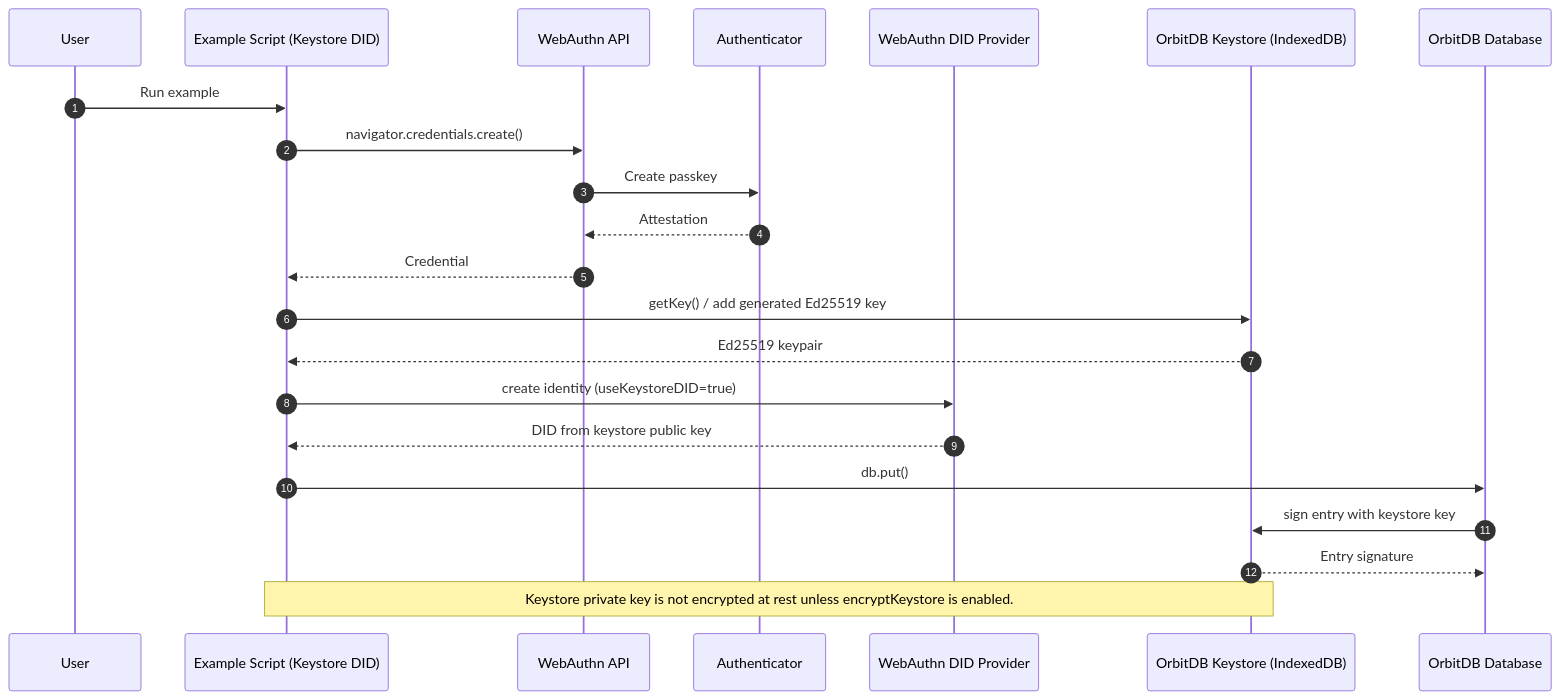
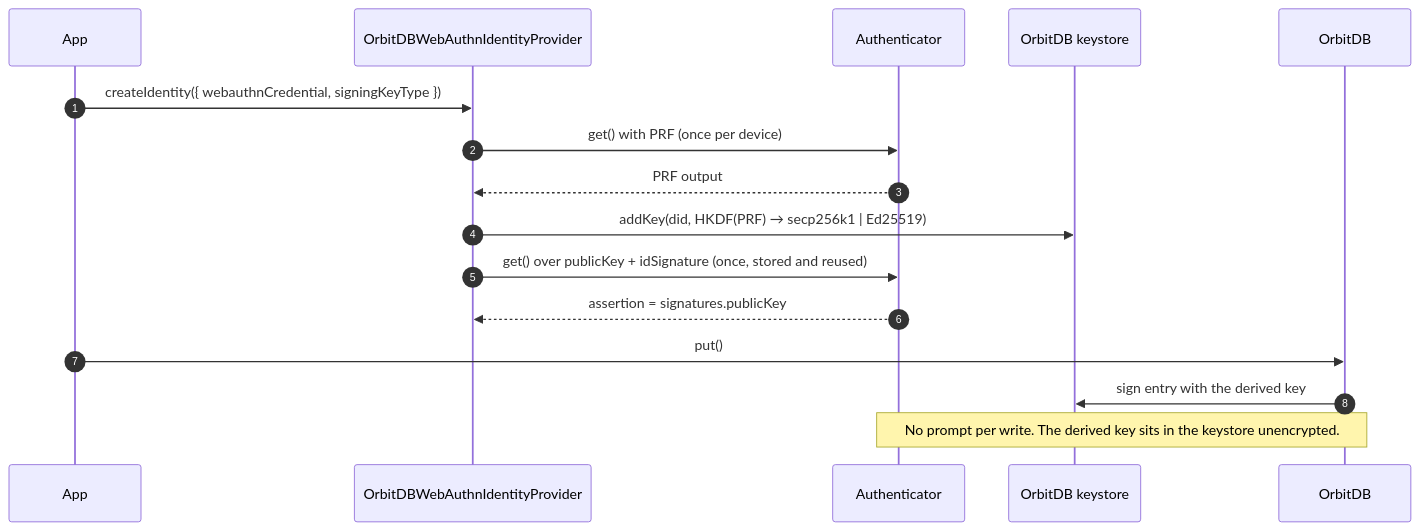
One commit to Le-Space/orbitdb-identity-provider-webauthn-did changed the first of 3 diagrams in docs/EXAMPLE-SEQUENCES.md. Above: the diagram before and after it, drawn with Mermaid. The commit also changed other lines of this file and 28 other files, not shown here.

````diff
--- a/docs/EXAMPLE-SEQUENCES.md
+++ b/docs/EXAMPLE-SEQUENCES.md
@@ -7,28 +19,19 @@
 ```mermaid
 sequenceDiagram
   autonumber
-  participant User
-  participant App as Example Script (Keystore DID)
-  participant WebAuthn as WebAuthn API
+  participant App
+  participant Prov as OrbitDBWebAuthnIdentityProvider
   participant Auth as Authenticator
-  participant Prov as WebAuthn DID Provider
-  participant KS as OrbitDB Keystore (IndexedDB)
-  participant DB as OrbitDB Database
+  participant KS as OrbitDB keystore
+  participant DB as OrbitDB
 
-  User->>App: Run example
-  App->>WebAuthn: navigator.credentials.create()
-  WebAuthn->>Auth: Create passkey
-  Auth-->>WebAuthn: Attestation
-  WebAuthn-->>App: Credential
-
-  App->>KS: getKey() / add generated Ed25519 key
-  KS-->>App: Ed25519 keypair
-  App->>Prov: create identity (useKeystoreDID=true)
-  Prov-->>App: DID from keystore public key
-
-  App->>DB: db.put()
-  DB->>KS: sign entry with keystore key
-  KS-->>DB: Entry signature
-
-  Note over App,KS: Keystore private key is not encrypted at rest unless encryptKeystore is enabled.
+  App->>Prov: createIdentity({ webauthnCredential, signingKeyType })
+  Prov->>Auth: get() with PRF (once per device)
+  Auth-->>Prov: PRF output
+  Prov->>KS: addKey(did, HKDF(PRF) → secp256k1 | Ed25519)
+  Prov->>Auth: get() over publicKey + idSignature (once, stored and reused)
+  Auth-->>Prov: assertion = signatures.publicKey
+  App->>DB: put()
+  DB->>KS: sign entry with the derived key
+  Note over Auth,DB: No prompt per write. The derived key sits in the keystore unencrypted.
 ```
````
